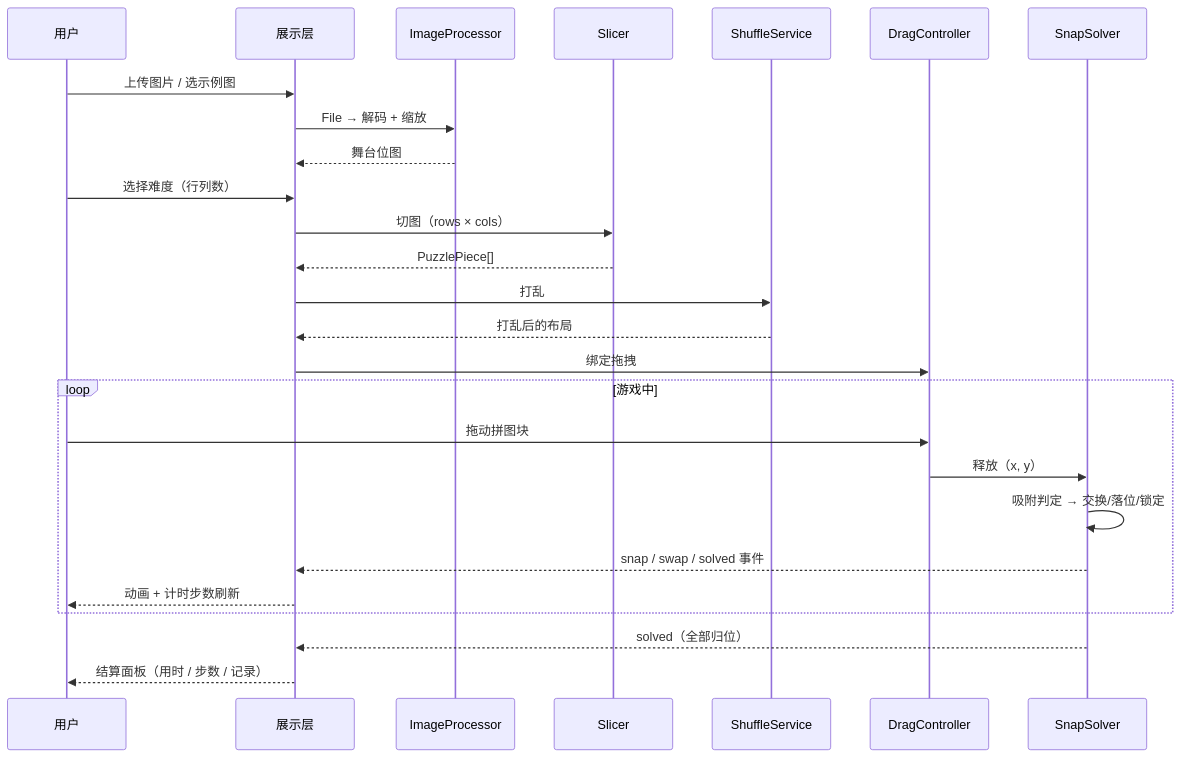
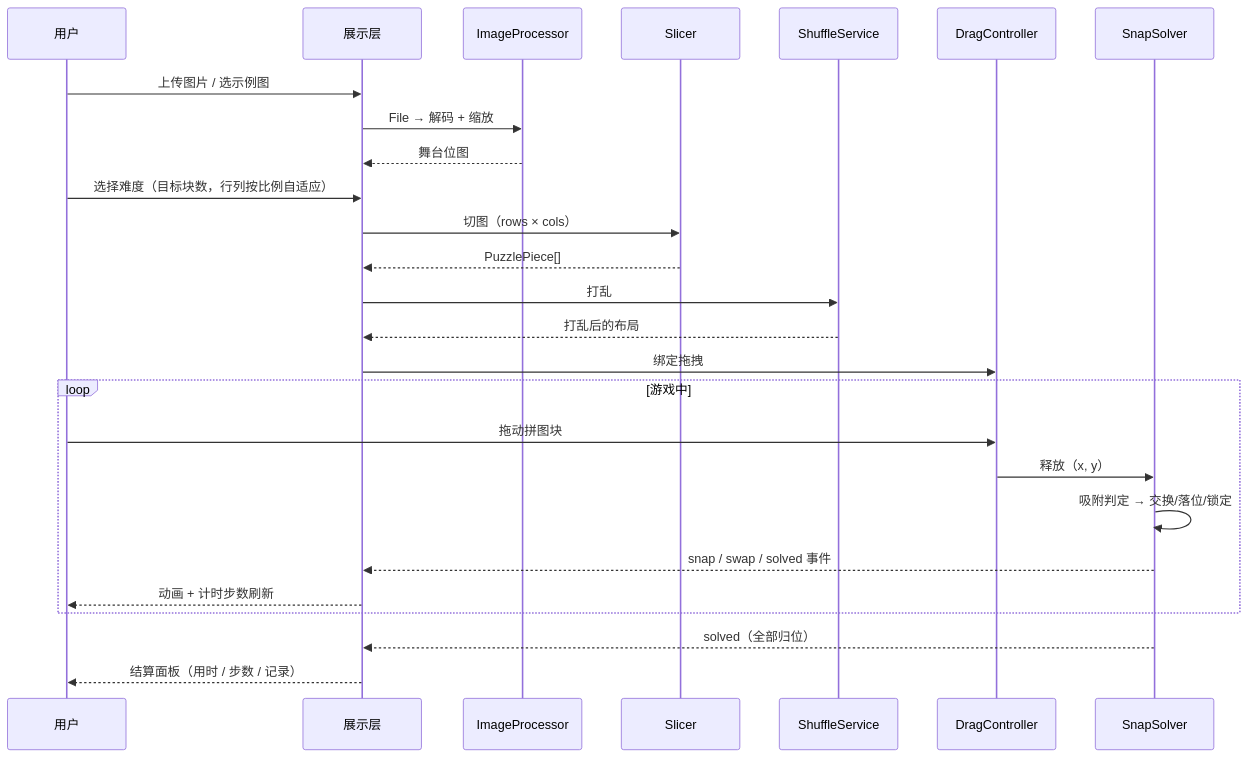
Before and after one commit to 514215834/TinyPuzzle: the second of 3 diagrams in docs/01-技术架构文档.md, drawn with Mermaid. The commit also changed other lines of this file and 2 other files, not shown here.

````diff
--- a/docs/01-技术架构文档.md
+++ b/docs/01-技术架构文档.md
@@ -178,29 +190,29 @@
 ```mermaid
 sequenceDiagram
     participant U as 用户
     participant UI as 展示层
     participant IP as ImageProcessor
     participant SL as Slicer
     participant SH as ShuffleService
     participant DC as DragController
     participant SN as SnapSolver
 
     U->>UI: 上传图片 / 选示例图
     UI->>IP: File → 解码 + 缩放
     IP-->>UI: 舞台位图
-    U->>UI: 选择难度（行列数）
+    U->>UI: 选择难度（目标块数，行列按比例自适应）
     UI->>SL: 切图（rows × cols）
     SL-->>UI: PuzzlePiece[]
     UI->>SH: 打乱
     SH-->>UI: 打乱后的布局
     UI->>DC: 绑定拖拽
     loop 游戏中
         U->>DC: 拖动拼图块
         DC->>SN: 释放（x, y）
         SN->>SN: 吸附判定 → 交换/落位/锁定
         SN-->>UI: snap / swap / solved 事件
         UI-->>U: 动画 + 计时步数刷新
     end
     SN-->>UI: solved（全部归位）
     UI-->>U: 结算面板（用时 / 步数 / 记录）
 ```
````
